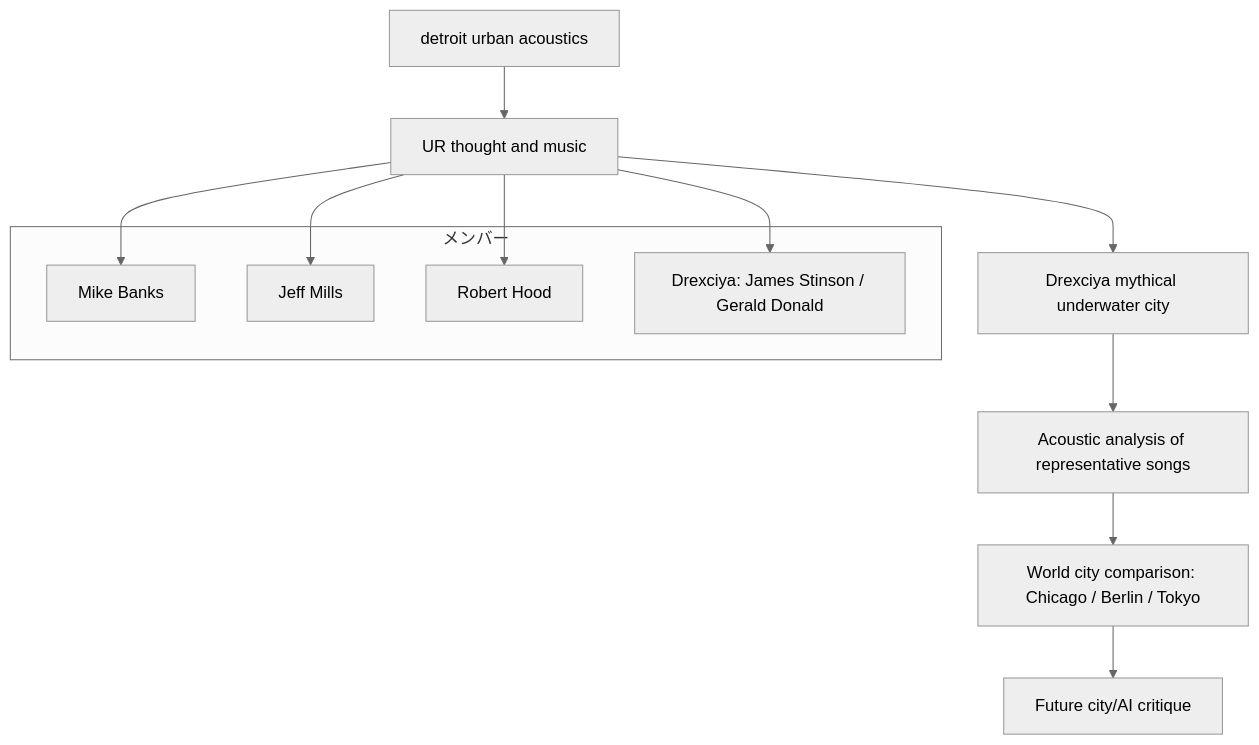
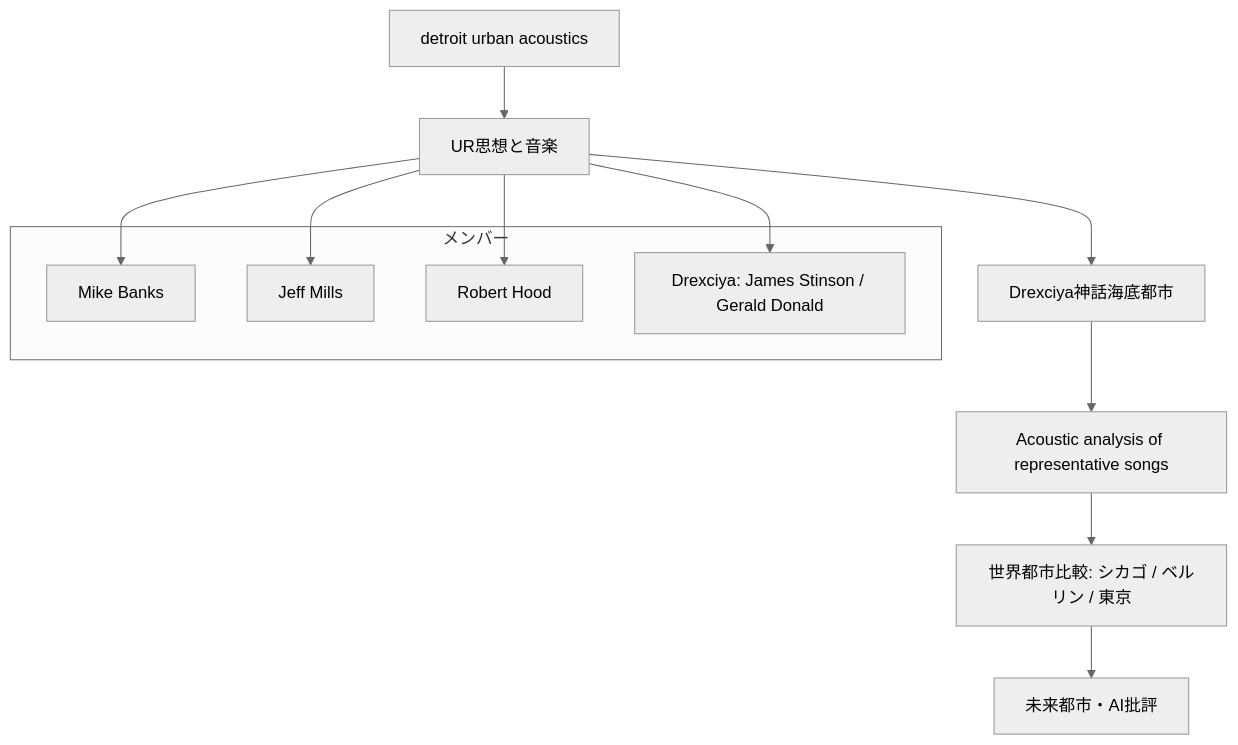
Before and after one commit to monumental-movement/monumental-movement.github.io: the first of 4 diagrams in en/_posts/2025-11-15-column-ur.md, drawn with Mermaid (neutral theme). The commit also changed other lines of this file and 2196 other files, not shown here.

```diff
--- a/en/_posts/2025-11-15-column-ur.md
+++ b/en/_posts/2025-11-15-column-ur.md
@@ -209,23 +208,23 @@
 <div class="mermaid">
 
 graph TD
 
-    A[detroit urban acoustics] --> B[UR thought and music]
-    B --> C[Drexciya mythical underwater city]
+    A[detroit urban acoustics] --> B[UR思想と音楽]
+    B --> C[Drexciya神話海底都市]
     C --> D[Acoustic analysis of representative songs]
-    D --> E[World city comparison: Chicago / Berlin / Tokyo]
-    E --> F[Future city/AI critique]
+    D --> E[世界都市比較: シカゴ / ベルリン / 東京]
+    E --> F[未来都市・AI批評]
 
     subgraph メンバー
         MB[Mike Banks]
         JM[Jeff Mills]
         RH[Robert Hood]
         DR[Drexciya: James Stinson / Gerald Donald]
     end
 
     B --> MB
     B --> JM
     B --> RH
     B --> DR
 
 </div>
```
